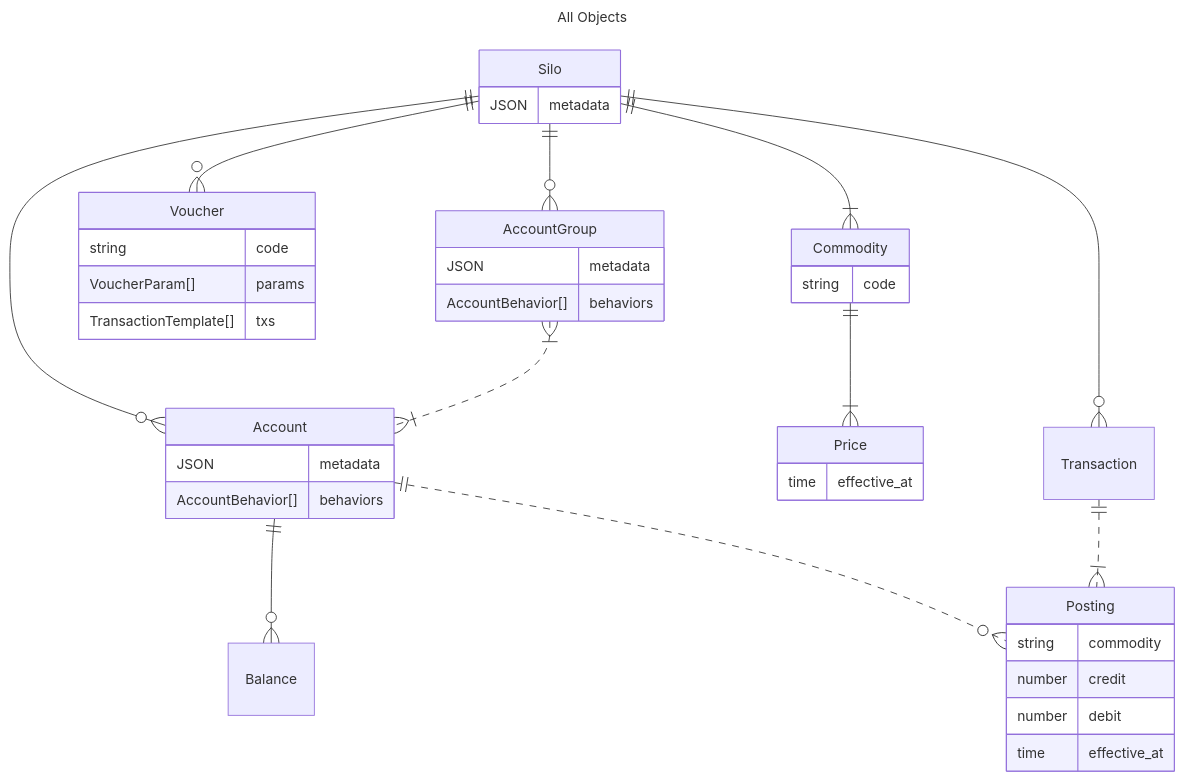
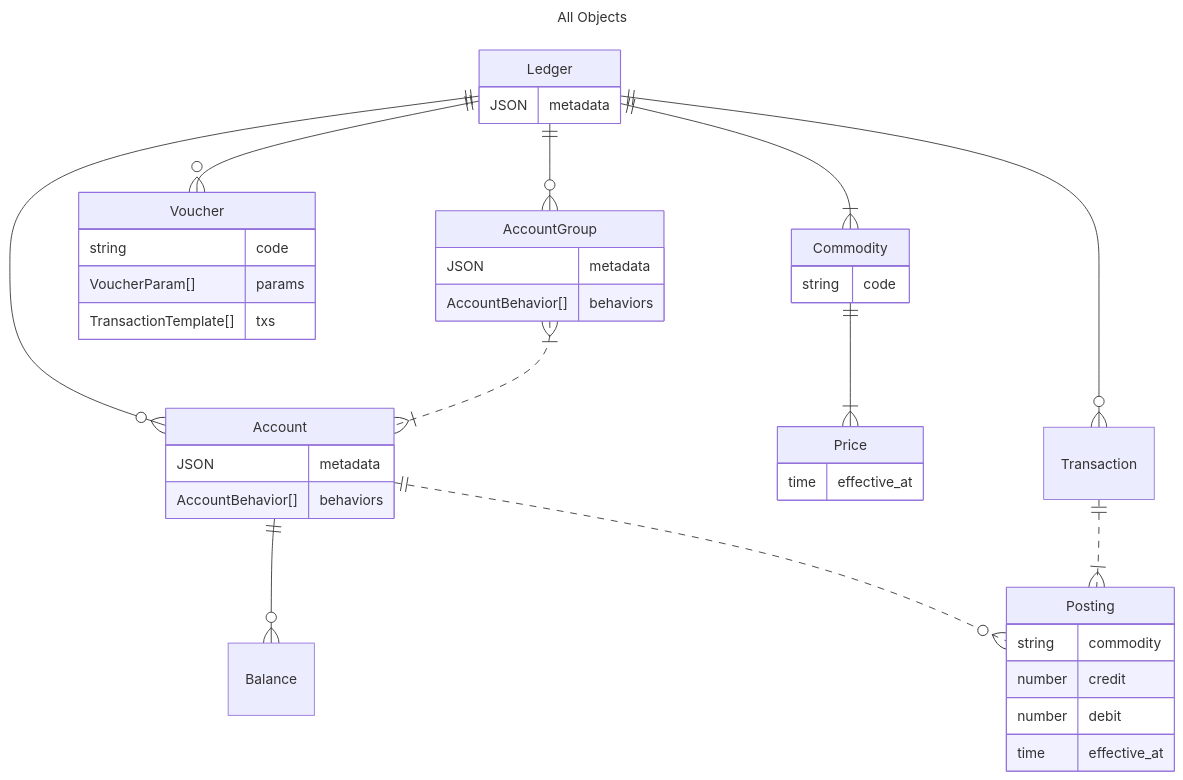
The diagram in pages/core-entities/zz_complete_entity_diagram.mdx (ianatha/balancelynx-docs), drawn with Mermaid before and after one commit. The commit also changed 2 other files, not shown here.

````diff
--- a/pages/core-entities/zz_complete_entity_diagram.mdx
+++ b/pages/core-entities/zz_complete_entity_diagram.mdx
@@ -3,47 +3,47 @@
 ```mermaid
 ---
 title: All Objects
 ---
 erDiagram
-	Silo {
+	Ledger {
         JSON metadata
 	}
 	Account {
         JSON metadata
         AccountBehavior[] behaviors
     }
     AccountGroup {
         JSON metadata
         AccountBehavior[] behaviors
     }
     Voucher {
         string code
         VoucherParam[] params
         TransactionTemplate[] txs
     }
     Commodity {
         string code
     }
     Price {
         time effective_at
     }
     Transaction {
 
     }
     Posting {
         string commodity
         number credit
         number debit
         time effective_at
     }
-    Silo one -- zero or more Account : ""
+    Ledger one -- zero or more Account : ""
         Account one -- zero or more Balance : ""
         Account one .. zero or more Posting : ""
-    Silo one -- zero or more AccountGroup : ""
+    Ledger one -- zero or more AccountGroup : ""
         AccountGroup one or more .. one or more Account : ""
-    Silo one -- one or more Commodity : ""
+    Ledger one -- one or more Commodity : ""
         Commodity ||--|{ Price : ""
-    Silo one -- zero or more Transaction : ""
+    Ledger one -- zero or more Transaction : ""
         Transaction one .. one or more Posting : ""
-    Silo one -- zero or more Voucher : ""
+    Ledger one -- zero or more Voucher : ""
 ```
````
